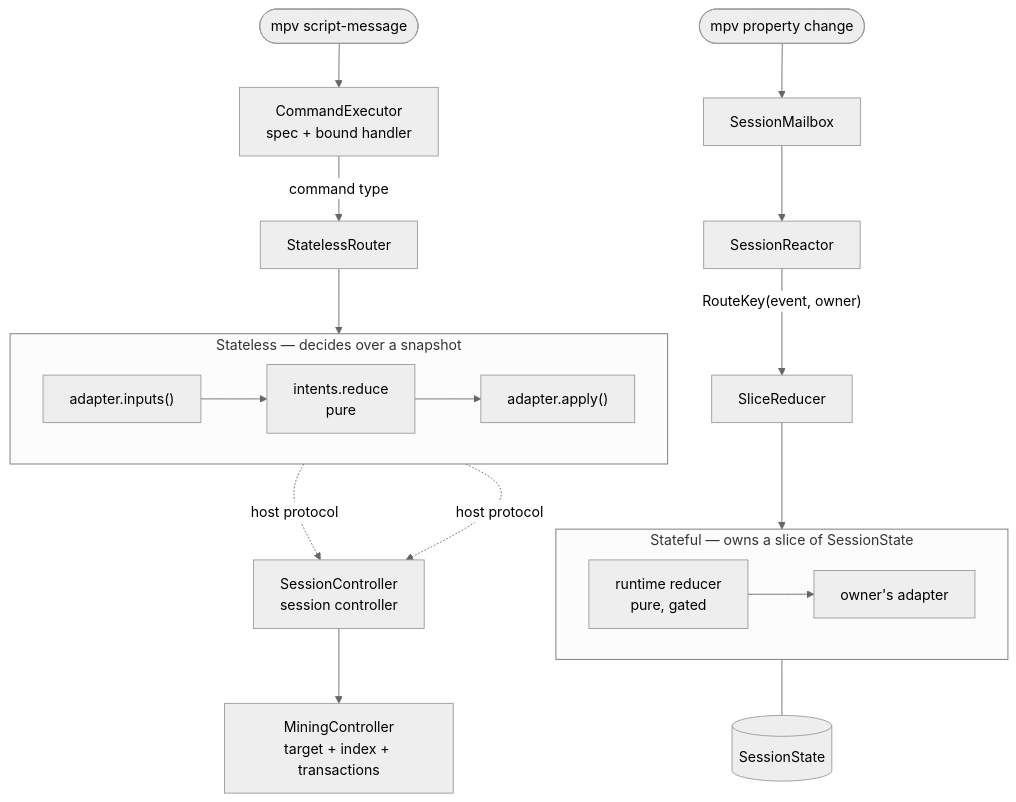
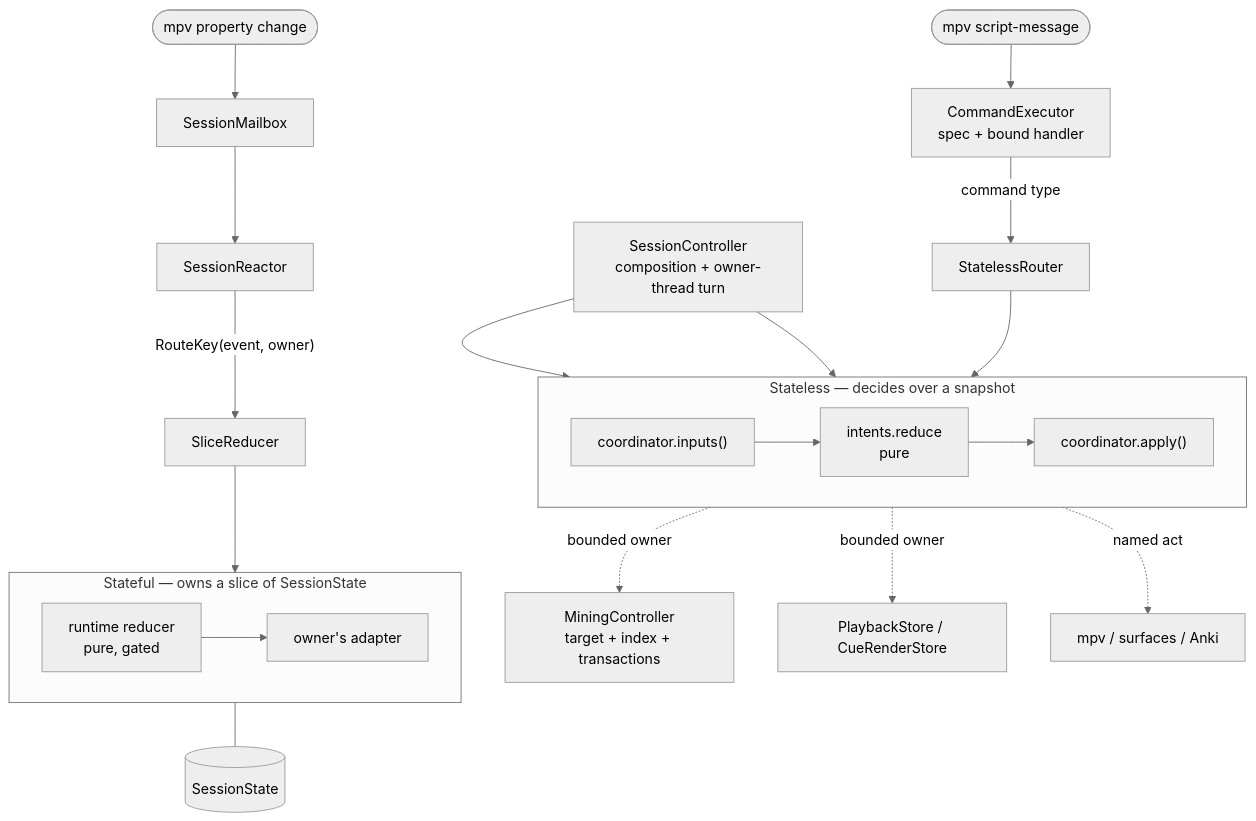
One commit to serjflint/saitenka changed the diagram in ARCHITECTURE.md. Above: the diagram before and after it, drawn with Mermaid (neutral theme). The commit also changed other lines of this file and 43 other files, not shown here.

````diff
--- a/ARCHITECTURE.md
+++ b/ARCHITECTURE.md
@@ -129,26 +130,28 @@
 ```mermaid
 flowchart TB
     key(["mpv script-message"]) --> exec["CommandExecutor<br/>spec + bound handler"]
     exec -->|command type| srouter["StatelessRouter"]
     obs(["mpv property change"]) --> mailbox["SessionMailbox"]
     mailbox --> reactor["SessionReactor"]
     reactor -->|"RouteKey(event, owner)"| slice["SliceReducer"]
 
     subgraph L1["Stateless — decides over a snapshot"]
         direction LR
-        gather["adapter.inputs()"] --> policy["intents.reduce<br/>pure"]
-        policy --> perform["adapter.apply()"]
+        gather["coordinator.inputs()"] --> policy["intents.reduce<br/>pure"]
+        policy --> perform["coordinator.apply()"]
     end
 
     subgraph L2["Stateful — owns a slice of SessionState"]
         direction LR
         reduce["runtime reducer<br/>pure, gated"] --> owner["owner's adapter"]
     end
 
     srouter --> L1
     slice --> L2
-    gather -. "host protocol" .-> host["SessionController<br/>session controller"]
-    perform -. "host protocol" .-> host
-    host --> mining["MiningController<br/>target + index + transactions"]
+    compose["SessionController<br/>composition + owner-thread turn"] --> gather
+    compose --> perform
+    gather -. "bounded owner" .-> mining["MiningController<br/>target + index + transactions"]
+    gather -. "bounded owner" .-> playback["PlaybackStore / CueRenderStore"]
+    perform -. "named act" .-> sinks["mpv / surfaces / Anki"]
     reduce --- state[(SessionState)]
 ```
````
